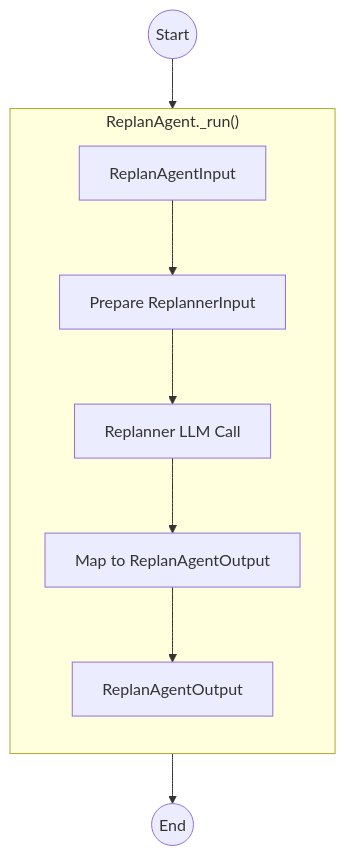
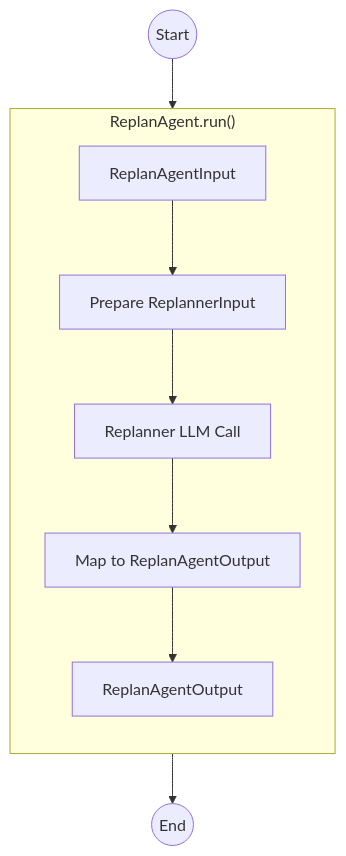
Before and after one commit to fidemin/easylocai: the fourth of 4 diagrams in docs/DEVELOPMENT.md, drawn with Mermaid. The commit also changed other lines of this file, not shown here.

````diff
--- a/docs/DEVELOPMENT.md
+++ b/docs/DEVELOPMENT.md
@@ -115,23 +118,23 @@
 ```mermaid
 graph TD
     %% Input Node
     Start((Start)) --> Input[ReplanAgentInput]
 
     %% Internal Processing Sequence
-    subgraph ReplanAgent ["ReplanAgent._run()"]
+    subgraph ReplanAgent ["ReplanAgent.run()"]
         direction TB
        
         Input --> Prep[Prepare ReplannerInput]
         
         %% Core Logic
         Prep --> ReplannerCall[Replanner LLM Call]
         
         %% Output Mapping
         ReplannerCall --> MapOutput[Map to ReplanAgentOutput]
         
         MapOutput --> Out[ReplanAgentOutput]
     end
 
     %% Final Output
     Out --> End((End))
 ```
````
